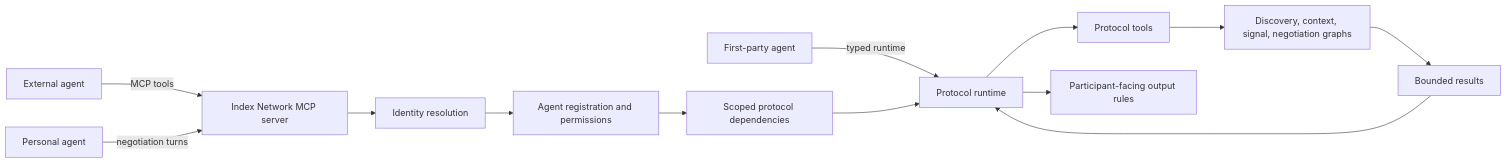
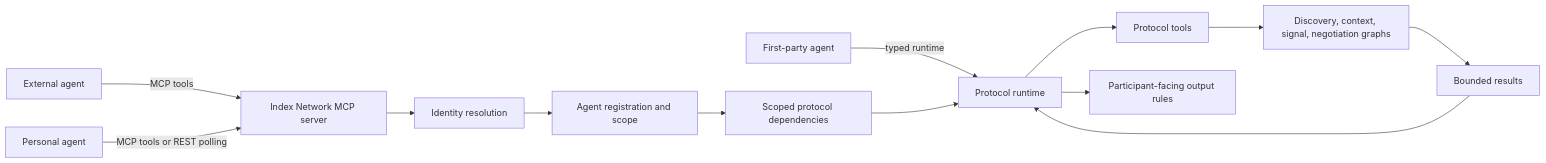
The sixth of 6 diagrams in packages/protocol/README.md (indexnetwork/index), drawn with Mermaid before and after one commit. The commit also changed other lines of this file, not shown here.

````diff
--- a/packages/protocol/README.md
+++ b/packages/protocol/README.md
@@ -390,17 +394,17 @@
 ```mermaid
 flowchart LR
     ExternalAgent[External agent] -->|MCP tools| McpServer[Index Network MCP server]
     FirstPartyAgent[First-party agent] -->|typed runtime| Runtime[Protocol runtime]
-    PersonalAgent[Personal agent] -->|negotiation turns| McpServer
+    PersonalAgent[Personal agent] -->|MCP tools or REST polling| McpServer
 
     McpServer --> Identity[Identity resolution]
-    Identity --> AgentGate[Agent registration and permissions]
+    Identity --> AgentGate[Agent registration and scope]
     AgentGate --> ScopedDeps[Scoped protocol dependencies]
     ScopedDeps --> Runtime
 
     Runtime --> Tools[Protocol tools]
     Tools --> Graphs[Discovery, context, signal, negotiation graphs]
     Graphs --> Results[Bounded results]
     Results --> Runtime
     Runtime --> ParticipantOutput[Participant-facing output rules]
 ```
````
